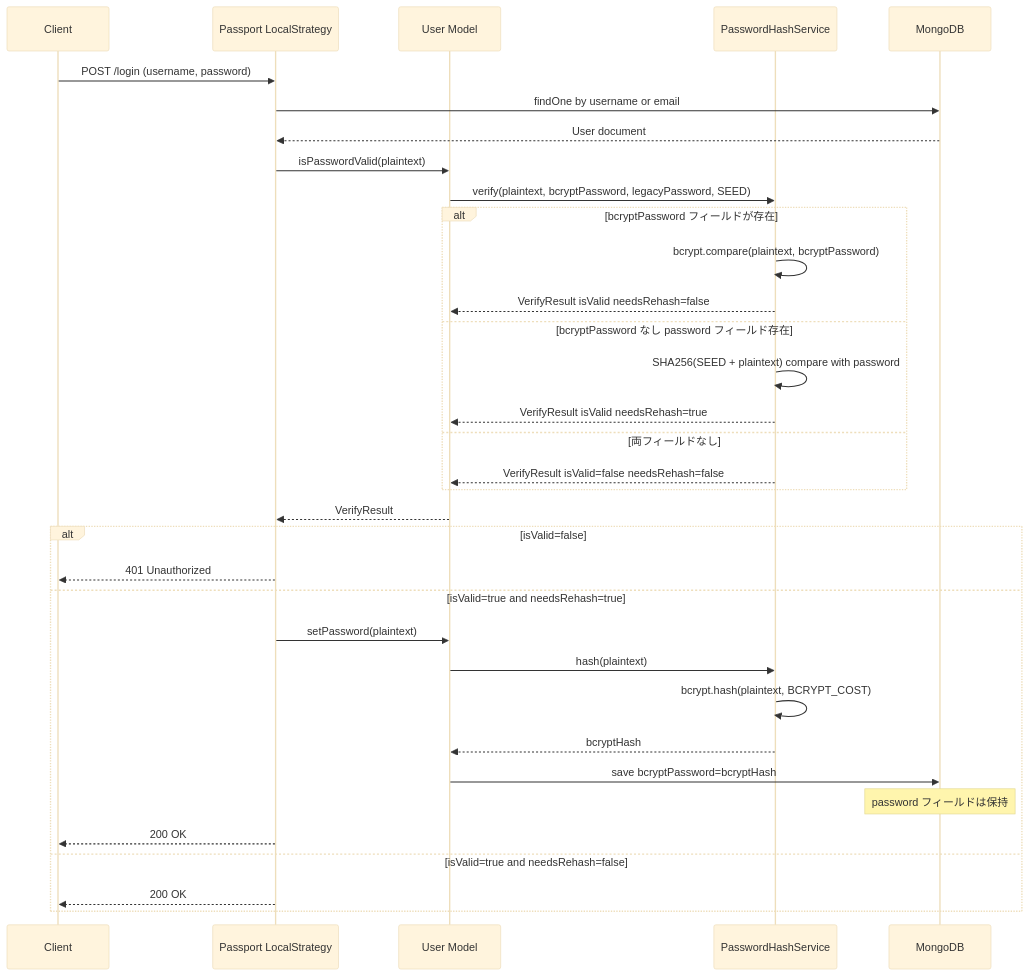
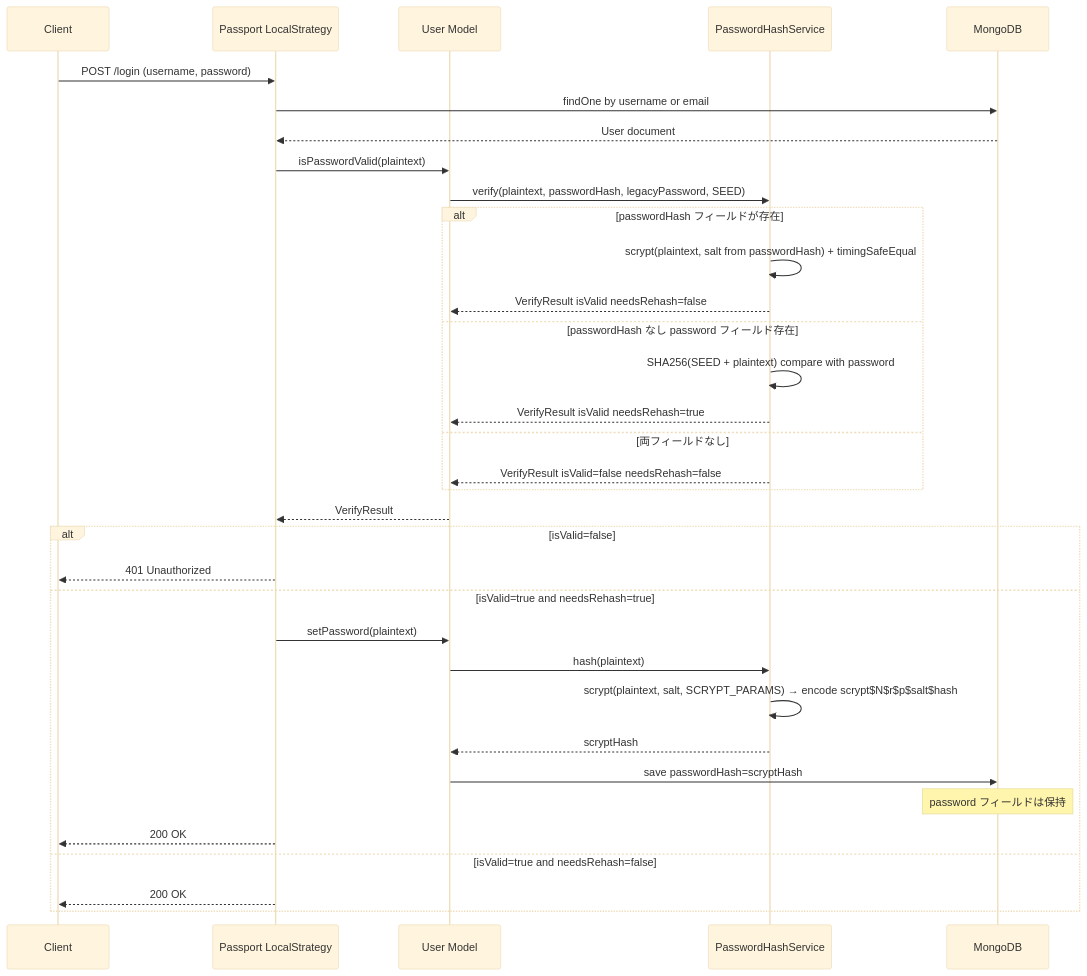
One commit to growilabs/growi changed the second of 4 diagrams in .kiro/specs/password-hash-upgrade/design.md. Above: the diagram before and after it, drawn with Mermaid (base theme). The commit also changed other lines of this file and 4 other files, not shown here.

````diff
--- a/.kiro/specs/password-hash-upgrade/design.md
+++ b/.kiro/specs/password-hash-upgrade/design.md
@@ -195,37 +195,37 @@
 ```mermaid
 sequenceDiagram
     participant Client
     participant Passport as Passport LocalStrategy
     participant User as User Model
     participant PHS as PasswordHashService
     participant DB as MongoDB
 
     Client->>Passport: POST /login (username, password)
     Passport->>DB: findOne by username or email
     DB-->>Passport: User document
     Passport->>User: isPasswordValid(plaintext)
-    User->>PHS: verify(plaintext, bcryptPassword, legacyPassword, SEED)
-    alt bcryptPassword フィールドが存在
-        PHS->>PHS: bcrypt.compare(plaintext, bcryptPassword)
+    User->>PHS: verify(plaintext, passwordHash, legacyPassword, SEED)
+    alt passwordHash フィールドが存在
+        PHS->>PHS: scrypt(plaintext, salt from passwordHash) + timingSafeEqual
         PHS-->>User: VerifyResult isValid needsRehash=false
-    else bcryptPassword なし password フィールド存在
+    else passwordHash なし password フィールド存在
         PHS->>PHS: SHA256(SEED + plaintext) compare with password
         PHS-->>User: VerifyResult isValid needsRehash=true
     else 両フィールドなし
         PHS-->>User: VerifyResult isValid=false needsRehash=false
     end
     User-->>Passport: VerifyResult
     alt isValid=false
         Passport-->>Client: 401 Unauthorized
     else isValid=true and needsRehash=true
         Passport->>User: setPassword(plaintext)
         User->>PHS: hash(plaintext)
-        PHS->>PHS: bcrypt.hash(plaintext, BCRYPT_COST)
-        PHS-->>User: bcryptHash
-        User->>DB: save bcryptPassword=bcryptHash
+        PHS->>PHS: scrypt(plaintext, salt, SCRYPT_PARAMS) → encode scrypt$N$r$p$salt$hash
+        PHS-->>User: scryptHash
+        User->>DB: save passwordHash=scryptHash
         Note over DB: password フィールドは保持
         Passport-->>Client: 200 OK
     else isValid=true and needsRehash=false
         Passport-->>Client: 200 OK
     end
 ```
````
